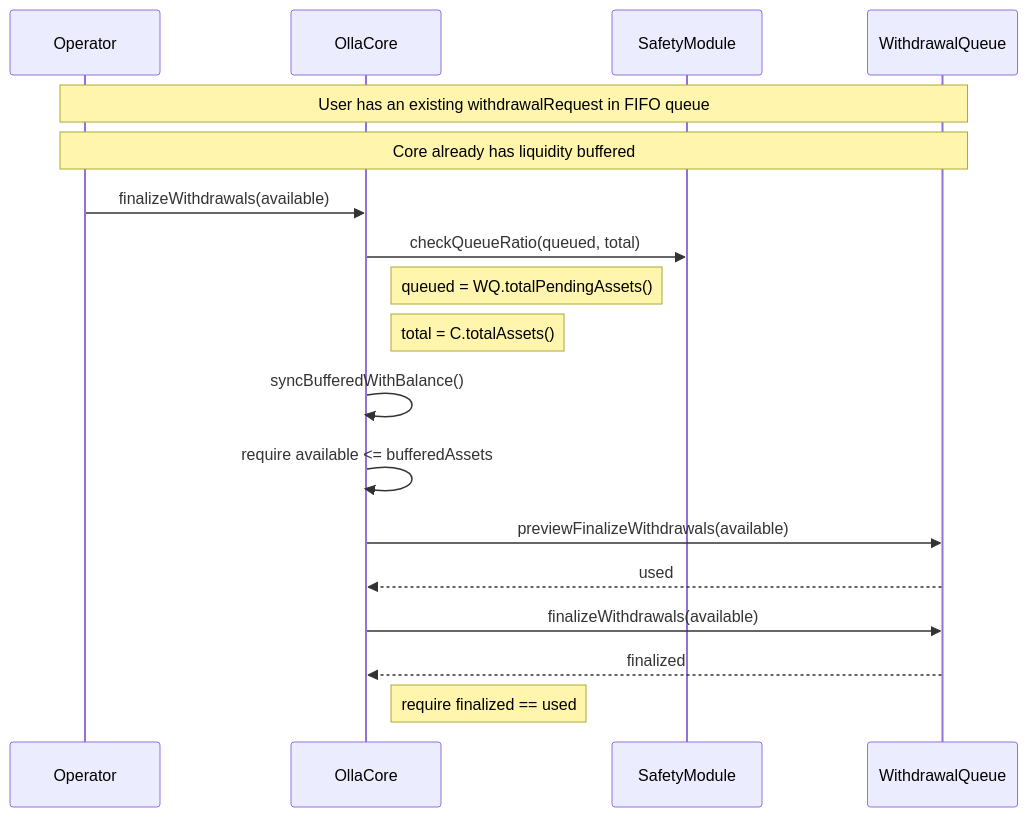
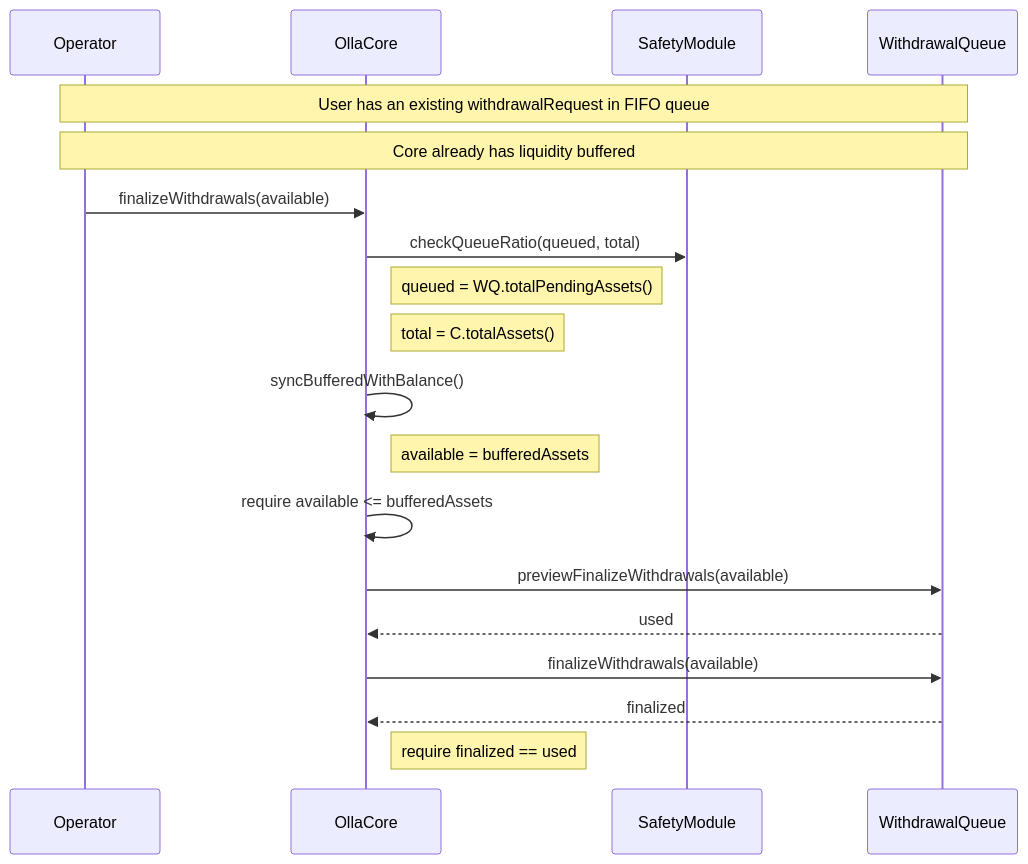
Before and after one commit to ollafinance/core: the sixth of 9 diagrams in mermaid-diagrams.md, drawn with Mermaid. The commit also changed other lines of this file and 10 other files, not shown here.

````diff
--- a/mermaid-diagrams.md
+++ b/mermaid-diagrams.md
@@ -196,22 +214,23 @@
 ```mermaid
 sequenceDiagram
     participant OP as Operator
     participant C as OllaCore
     participant SAF as SafetyModule
     participant WQ as WithdrawalQueue
 
     Note over OP,WQ: User has an existing withdrawalRequest in FIFO queue
     Note over OP,WQ: Core already has liquidity buffered
 
     OP->>C: finalizeWithdrawals(available)
     C->>SAF: checkQueueRatio(queued, total)
     Note right of C: queued = WQ.totalPendingAssets()
     Note right of C: total = C.totalAssets()
     C->>C: syncBufferedWithBalance()
+    Note right of C: available = bufferedAssets
     C->>C: require available <= bufferedAssets
     C->>WQ: previewFinalizeWithdrawals(available)
     WQ-->>C: used
     C->>WQ: finalizeWithdrawals(available)
     WQ-->>C: finalized
     Note right of C: require finalized == used
 ```
````
